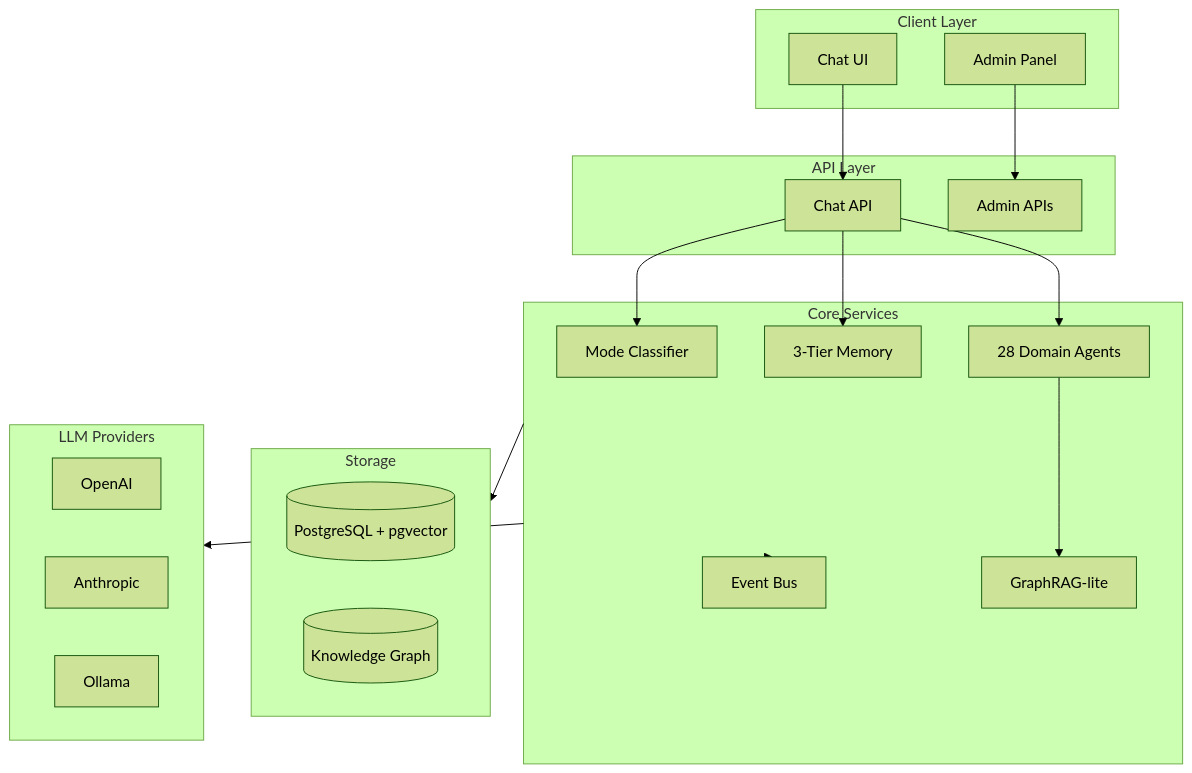
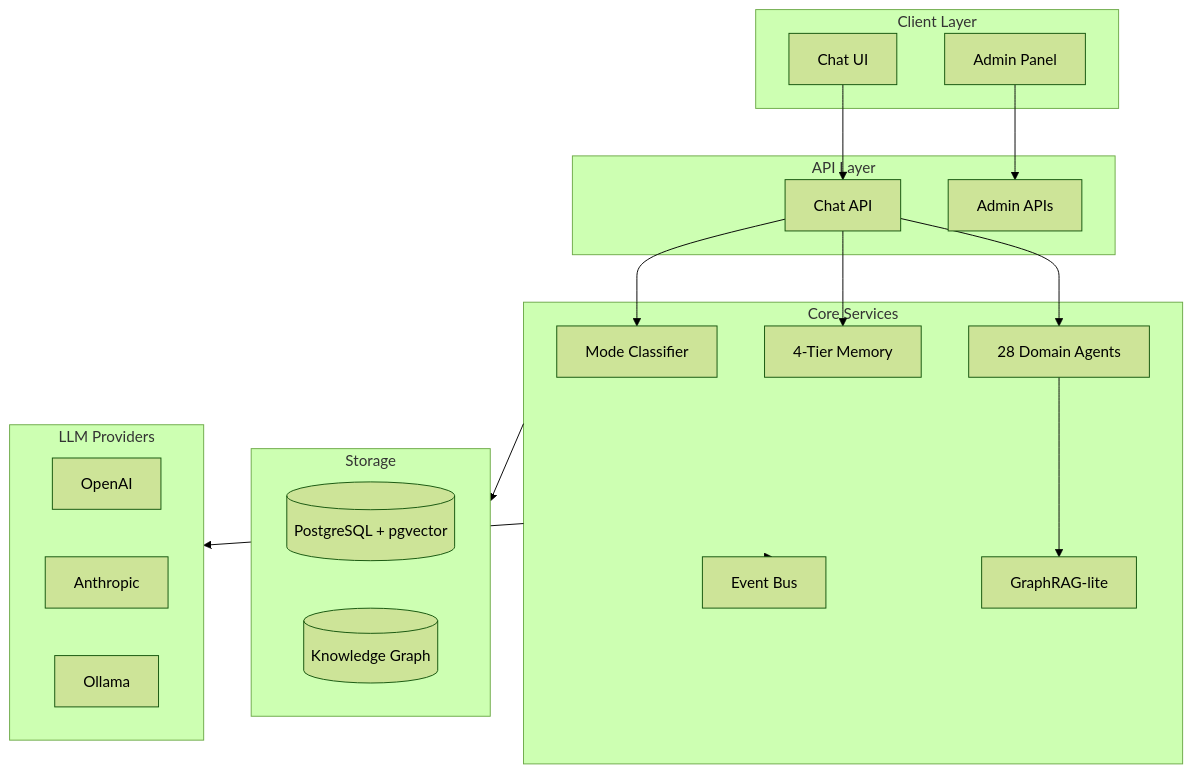
The first of 2 diagrams in README.md (Brianletort/SemanticStudio), drawn with Mermaid (forest theme) before and after one commit. The commit also changed other lines of this file, not shown here.

First line of the commit message:
docs: fix README to show 4-tier memory system with Context Graph

````diff
--- a/README.md
+++ b/README.md
@@ -406,41 +406,41 @@
 ```mermaid
 flowchart TB
     subgraph Client[Client Layer]
         UI[Chat UI]
         Admin[Admin Panel]
     end
     
     subgraph API[API Layer]
         ChatAPI[Chat API]
         AdminAPI[Admin APIs]
     end
     
     subgraph Core[Core Services]
         ModeClassifier[Mode Classifier]
-        MemorySystem[3-Tier Memory]
+        MemorySystem[4-Tier Memory]
         DomainAgents[28 Domain Agents]
         GraphRAG[GraphRAG-lite]
         EventBus[Event Bus]
     end
     
     subgraph LLM[LLM Providers]
         OpenAI[OpenAI]
         Anthropic[Anthropic]
         Ollama[Ollama]
     end
     
     subgraph Storage[Storage]
         PostgreSQL[(PostgreSQL + pgvector)]
         KnowledgeGraph[(Knowledge Graph)]
     end
     
     UI --> ChatAPI
     Admin --> AdminAPI
     ChatAPI --> ModeClassifier
     ChatAPI --> MemorySystem
     ChatAPI --> DomainAgents
     DomainAgents --> GraphRAG
     Core --> LLM
     Core --> Storage
     Core --> EventBus
 ```
````
